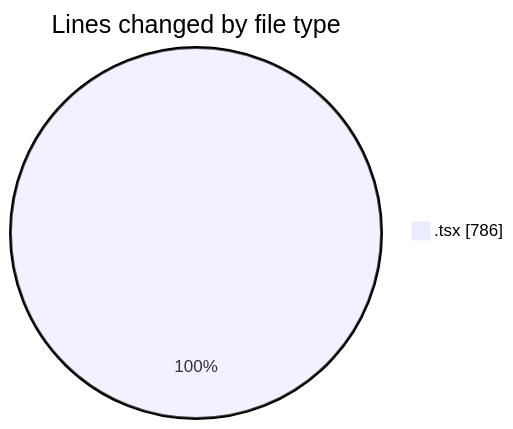
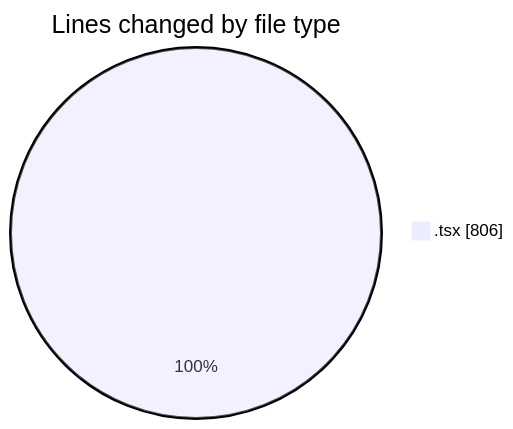
One commit to JenPaints/code-tracking changed the first of 2 diagrams in 2025-05-29/kimberly-groups/README.md. Above: the diagram before and after it, drawn with Mermaid. The commit also changed other lines of this file and 1 other file, not shown here.

````diff
--- a/2025-05-29/kimberly-groups/README.md
+++ b/2025-05-29/kimberly-groups/README.md
@@ -21,5 +21,5 @@
 ```mermaid
 pie showData
 title Lines changed by file type
-".tsx" : 786
+".tsx" : 806
 ```
````
